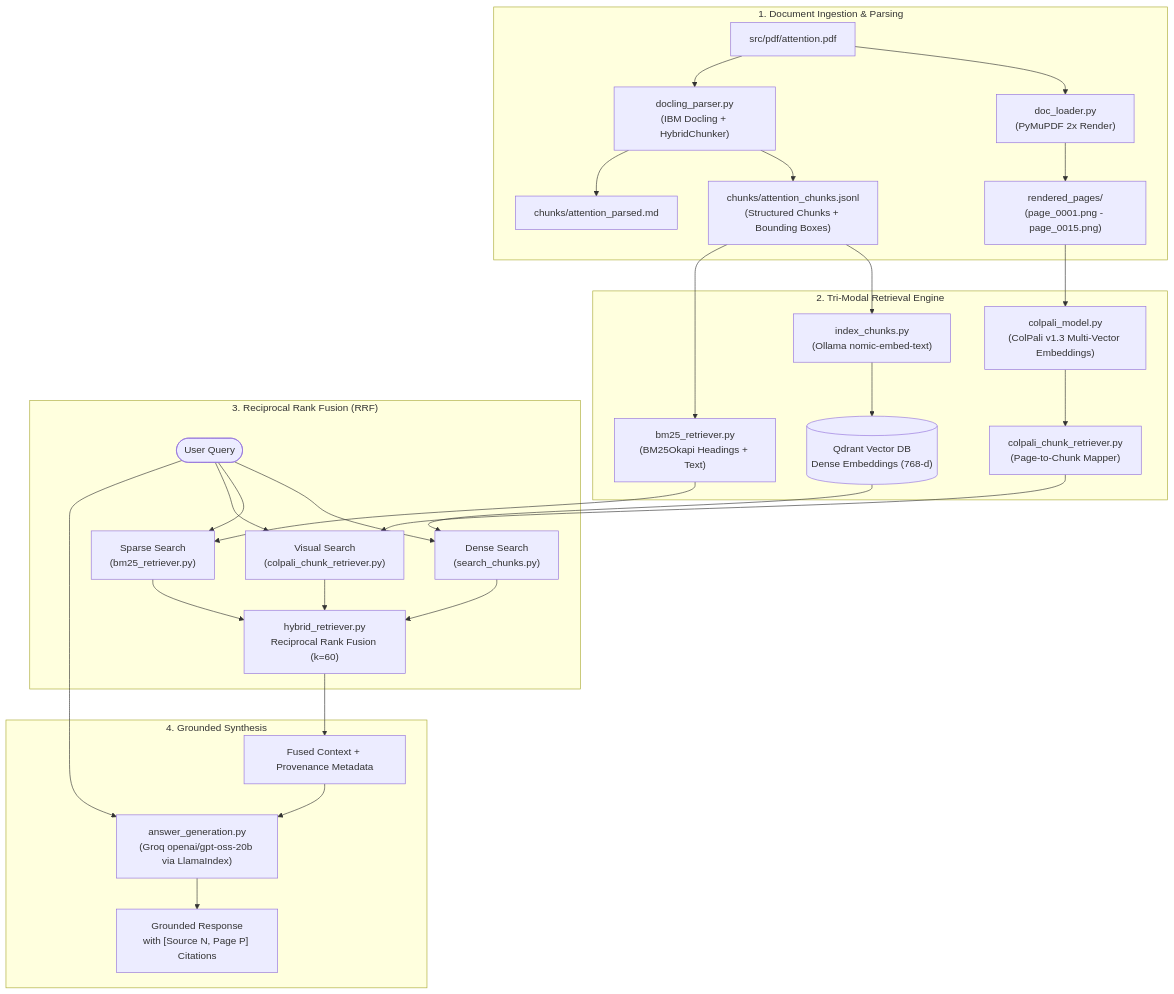
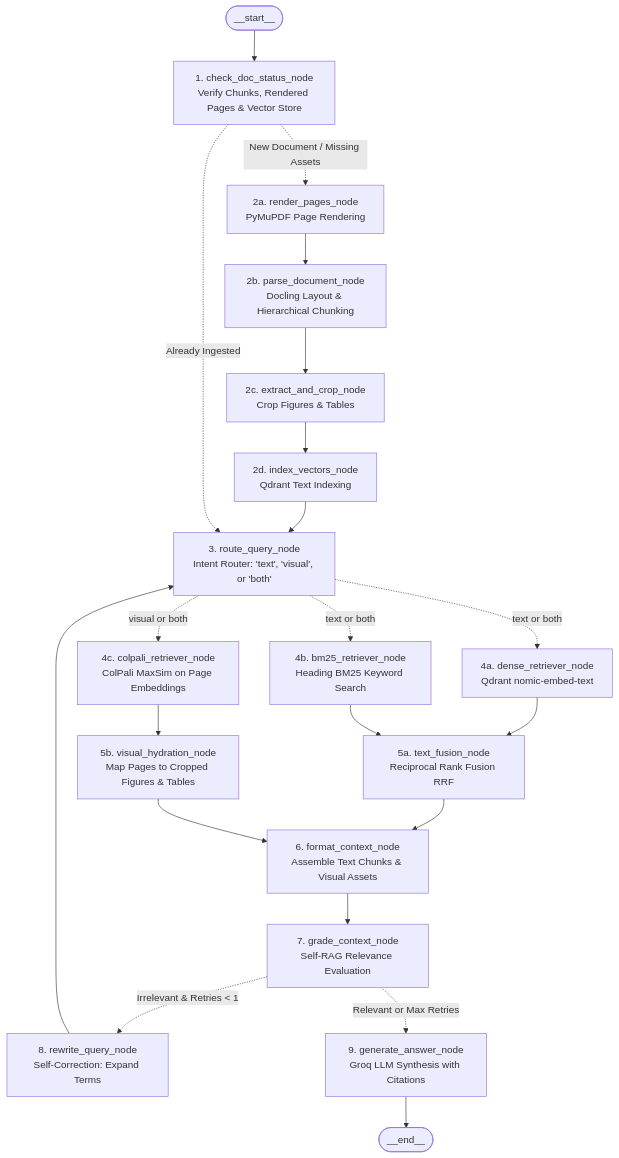
One commit to Rayyanxalii/Multi-Modal-RAG changed the diagram in README.md. Above: the diagram before and after it, drawn with Mermaid. The commit also changed other lines of this file and 17 other files, not shown here.

Commit message:
converted to stateful graph

````diff
--- a/README.md
+++ b/README.md
@@ -11,41 +11,37 @@
 ```mermaid
-flowchart TD
-    subgraph INGESTION["1. Document Ingestion & Parsing"]
-        PDF["src/pdf/attention.pdf"] --> PYMUPDF["doc_loader.py<br/>(PyMuPDF 2x Render)"]
-        PDF --> DOCLING["docling_parser.py<br/>(IBM Docling + HybridChunker)"]
-        PYMUPDF --> PAGES["rendered_pages/<br/>(page_0001.png - page_0015.png)"]
-        DOCLING --> CHUNKS["chunks/attention_chunks.jsonl<br/>(Structured Chunks + Bounding Boxes)"]
-        DOCLING --> MD["chunks/attention_parsed.md"]
-    end
+graph TD;
+    __start__([__start__]) --> check_doc_status[1. check_doc_status_node<br/>Verify Chunks, Rendered Pages & Vector Store]
 
-    subgraph RETRIEVAL["2. Tri-Modal Retrieval Engine"]
-        CHUNKS --> OLLAMA["index_chunks.py<br/>(Ollama nomic-embed-text)"]
-        OLLAMA --> QDRANT[("Qdrant Vector DB<br/>Dense Embeddings (768-d)")]
-        
-        CHUNKS --> BM25_IDX["bm25_retriever.py<br/>(BM25Okapi Headings + Text)"]
-        
-        PAGES --> COLPALI_EMB["colpali_model.py<br/>(ColPali v1.3 Multi-Vector Embeddings)"]
-        COLPALI_EMB --> COLPALI_CHUNK["colpali_chunk_retriever.py<br/>(Page-to-Chunk Mapper)"]
-    end
+    %% Ingestion Branch
+    check_doc_status -.->|"New Document / Missing Assets"| render_pages[2a. render_pages_node<br/>PyMuPDF Page Rendering]
+    render_pages --> parse_document[2b. parse_document_node<br/>Docling Layout & Hierarchical Chunking]
+    parse_document --> extract_and_crop[2c. extract_and_crop_node<br/>Crop Figures & Tables]
+    extract_and_crop --> index_vectors[2d. index_vectors_node<br/>Qdrant Text Indexing]
+    index_vectors --> route_query
 
-    subgraph FUSION["3. Reciprocal Rank Fusion (RRF)"]
-        QUERY(["User Query"]) --> DENSE_SEARCH["Dense Search<br/>(search_chunks.py)"]
-        QUERY --> BM25_SEARCH["Sparse Search<br/>(bm25_retriever.py)"]
-        QUERY --> COLPALI_SEARCH["Visual Search<br/>(colpali_chunk_retriever.py)"]
+    %% Fast Path for Ingested Document
+    check_doc_status -.->|"Already Ingested"| route_query[3. route_query_node<br/>Intent Router: 'text', 'visual', or 'both']
 
-        QDRANT --> DENSE_SEARCH
-        BM25_IDX --> BM25_SEARCH
-        COLPALI_CHUNK --> COLPALI_SEARCH
+    %% Parallel Multi-Modal Retrieval Branches
+    route_query -.->|"text or both"| dense_retriever[4a. dense_retriever_node<br/>Qdrant nomic-embed-text]
+    route_query -.->|"text or both"| bm25_retriever[4b. bm25_retriever_node<br/>Heading BM25 Keyword Search]
+    route_query -.->|"visual or both"| colpali_retriever[4c. colpali_retriever_node<br/>ColPali MaxSim on Page Embeddings]
 
-        DENSE_SEARCH --> RRF["hybrid_retriever.py<br/>Reciprocal Rank Fusion (k=60)"]
-        BM25_SEARCH --> RRF
-        COLPALI_SEARCH --> RRF
-    end
+    %% Fusion & Asset Hydration
+    dense_retriever --> text_fusion[5a. text_fusion_node<br/>Reciprocal Rank Fusion RRF]
+    bm25_retriever --> text_fusion
+    colpali_retriever --> visual_hydration[5b. visual_hydration_node<br/>Map Pages to Cropped Figures & Tables]
 
-    subgraph SYNTHESIS["4. Grounded Synthesis"]
-        RRF --> CONTEXT["Fused Context + Provenance Metadata"]
-        CONTEXT --> LLM["answer_generation.py<br/>(Groq openai/gpt-oss-20b via LlamaIndex)"]
-        QUERY --> LLM
-        LLM --> ANSWER["Grounded Response<br/>with [Source N, Page P] Citations"]
-    end
+    %% Context Assembly
+    text_fusion --> format_context[6. format_context_node<br/>Assemble Text Chunks & Visual Assets]
+    visual_hydration --> format_context
+
+    %% Self-RAG Reflection
+    format_context --> grade_context[7. grade_context_node<br/>Self-RAG Relevance Evaluation]
+    grade_context -.->|"Irrelevant & Retries < 1"| rewrite_query[8. rewrite_query_node<br/>Self-Correction: Expand Terms]
+    rewrite_query --> route_query
+
+    %% Grounded Answer Synthesis
+    grade_context -.->|"Relevant or Max Retries"| generate_answer[9. generate_answer_node<br/>Groq LLM Synthesis with Citations]
+    generate_answer --> __end__([__end__])
 ```
````
